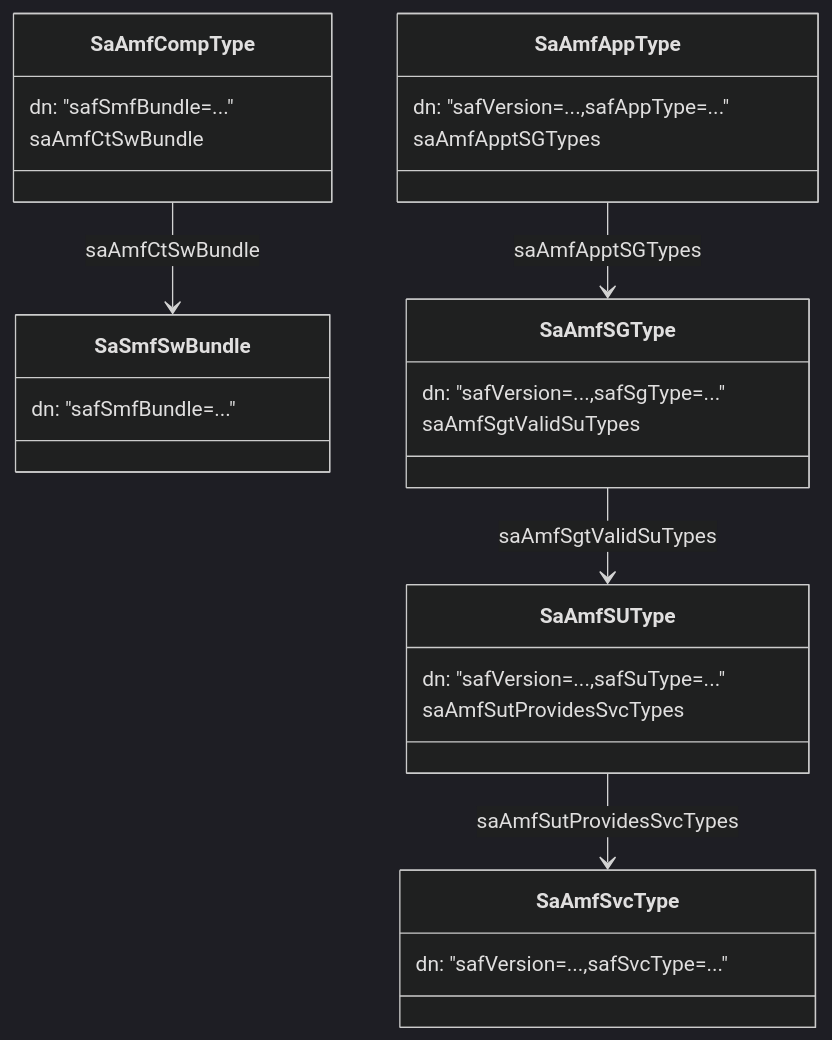
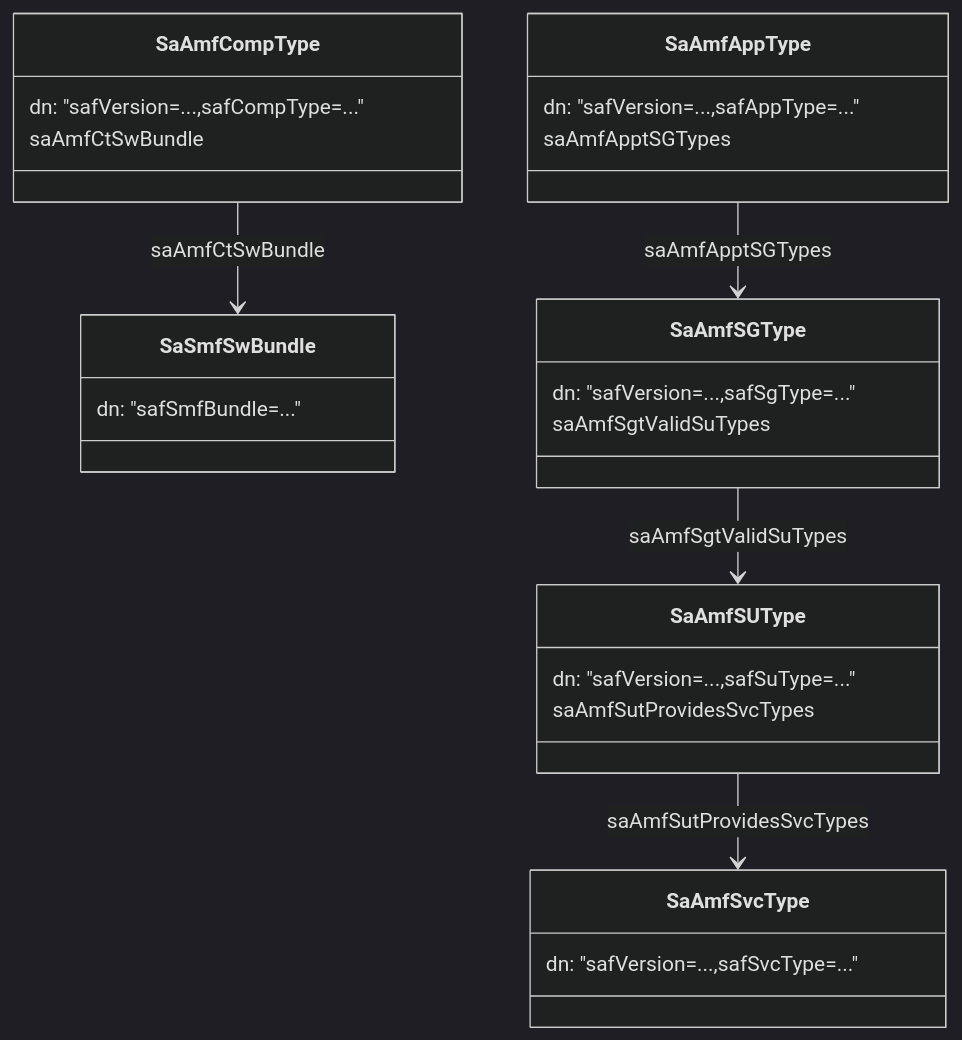
Before and after one commit to thachmpham/thachmpham.github.io: the third of 7 diagrams in md/opensaf-amf-non-sa-aware.md, drawn with Mermaid (dark theme). The commit also changed 1 other file, not shown here.

```diff
--- a/md/opensaf-amf-non-sa-aware.md
+++ b/md/opensaf-amf-non-sa-aware.md
@@ -180,34 +180,34 @@
 <pre class="mermaid">
 classDiagram
     class SaAmfCompType {
-        dn: "safSmfBundle=..."
+        dn: "safVersion=...,safCompType=..."
         saAmfCtSwBundle
     }
     SaAmfCompType --> SaSmfSwBundle: saAmfCtSwBundle
 
     class SaAmfAppType {
         dn: "safVersion=...,safAppType=..."
         saAmfApptSGTypes
     }
     SaAmfAppType --> SaAmfSGType: saAmfApptSGTypes
 
     class SaAmfSGType {
         dn: "safVersion=...,safSgType=..."
         saAmfSgtValidSuTypes
     }
     SaAmfSGType --> SaAmfSUType: saAmfSgtValidSuTypes
 
     class SaAmfSUType {
         dn: "safVersion=...,safSuType=..."
         saAmfSutProvidesSvcTypes
     }
     SaAmfSUType --> SaAmfSvcType: saAmfSutProvidesSvcTypes
 
     class SaSmfSwBundle {
         dn: "safSmfBundle=..."
     }
 
     class SaAmfSvcType {
         dn: "safVersion=...,safSvcType=..."
     }
 </pre>
```
